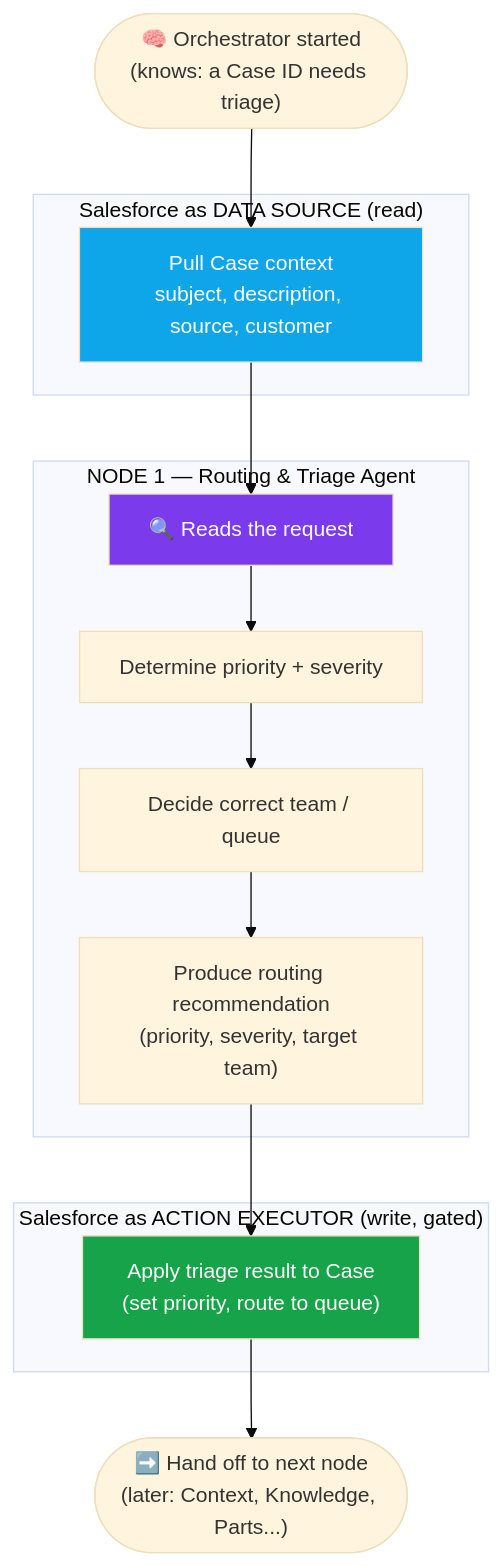
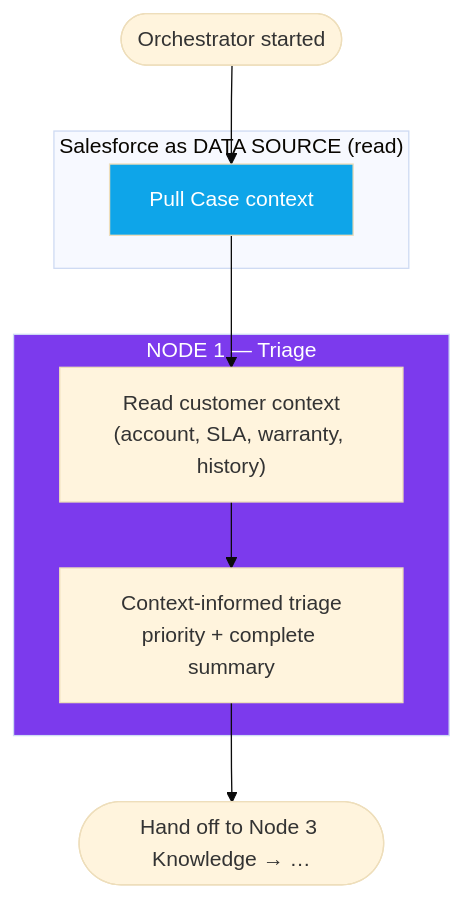
One commit to hytechpro-keshav/AgentForce changed the third of 8 diagrams in docs/orchestrator/case-triage-orchestrator-flow.md. Above: the diagram before and after it, drawn with Mermaid (base theme). The commit also changed other lines of this file and 10 other files, not shown here.

````diff
--- a/docs/orchestrator/case-triage-orchestrator-flow.md
+++ b/docs/orchestrator/case-triage-orchestrator-flow.md
@@ -69,31 +71,22 @@
 ```mermaid
 flowchart TD
-    START(["🧠 Orchestrator started<br/>(knows: a Case ID needs triage)"])
+    START(["Orchestrator started"])
 
     START --> READ
 
     subgraph SF_READ["Salesforce as DATA SOURCE (read)"]
-        READ["Pull Case context<br/>subject, description, source, customer"]
+        READ["Pull Case context"]
     end
 
-    READ --> TRIAGE
+    READ --> CH
 
-    subgraph NODE1["NODE 1 — Routing & Triage Agent"]
-        TRIAGE["🔍 Reads the request"]
-        TRIAGE --> P["Determine priority + severity"]
-        P --> T["Decide correct team / queue"]
-        T --> REC["Produce routing recommendation<br/>(priority, severity, target team)"]
+    subgraph NODE1["NODE 1 — Triage"]
+        CH["Read customer context<br/>(account, SLA, warranty, history)"]
+        CH --> LLM["Context-informed triage<br/>priority + complete summary"]
     end
 
-    REC --> WRITE
+    LLM --> NEXT(["Hand off to Node 3 Knowledge → …"])
 
-    subgraph SF_ACTION["Salesforce as ACTION EXECUTOR (write, gated)"]
-        WRITE["Apply triage result to Case<br/>(set priority, route to queue)"]
-    end
-
-    WRITE --> NEXT(["➡️ Hand off to next node<br/>(later: Context, Knowledge, Parts...)"])
-
-    style TRIAGE fill:#7c3aed,color:#fff
+    style NODE1 fill:#7c3aed,color:#fff
     style READ fill:#0ea5e9,color:#fff
-    style WRITE fill:#16a34a,color:#fff
 ```
````
